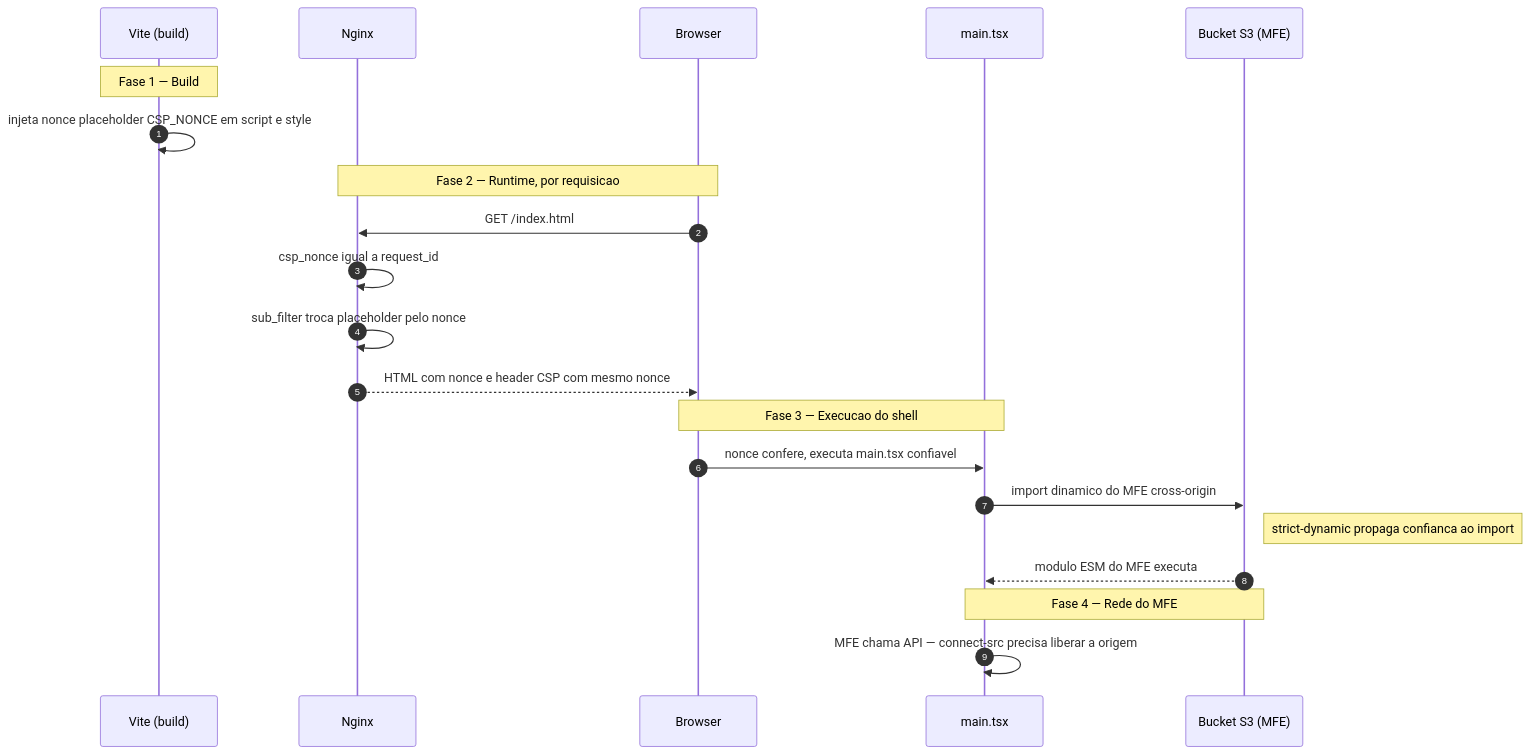
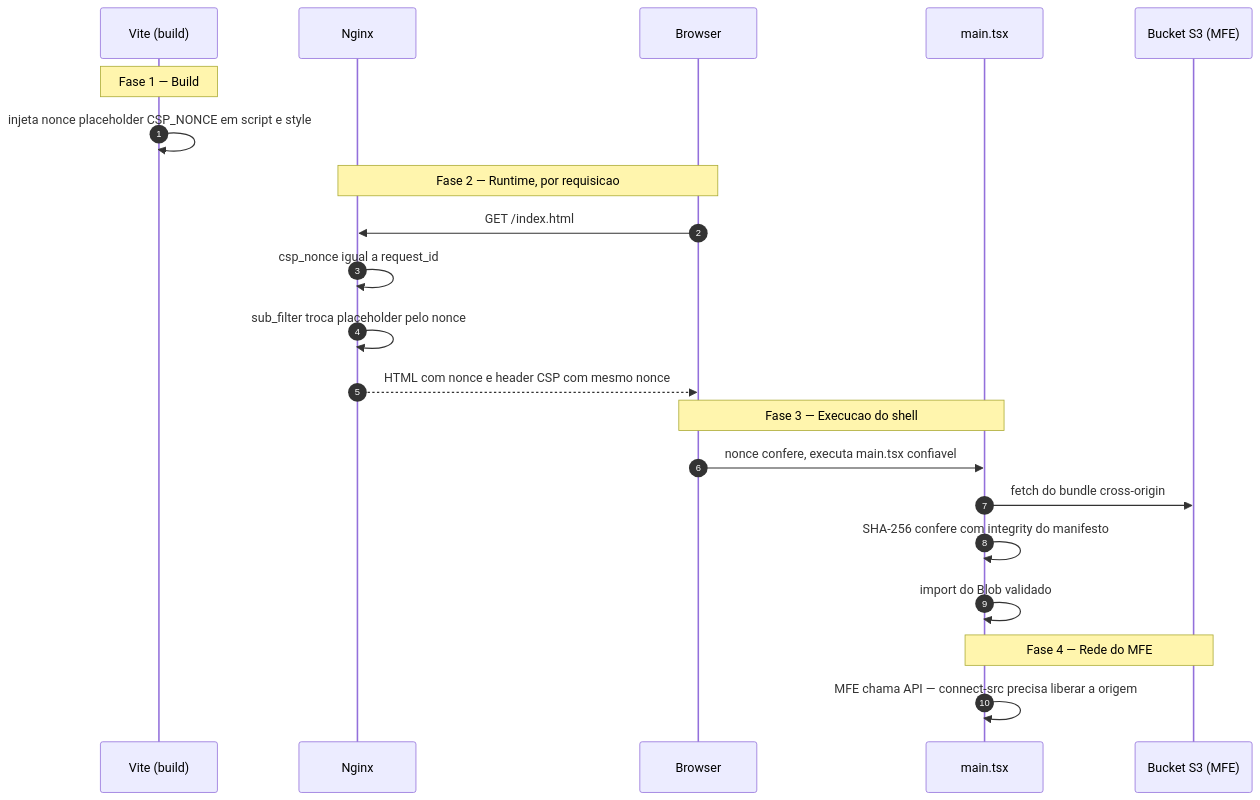
One commit to arkhibr/frontend-react changed the diagram in SECURITY.md. Above: the diagram before and after it, drawn with Mermaid. The commit also changed other lines of this file and 84 other files, not shown here.

````diff
--- a/SECURITY.md
+++ b/SECURITY.md
@@ -145,27 +158,27 @@
 ```mermaid
 sequenceDiagram
     autonumber
     participant Build as Vite (build)
     participant Nginx
     participant Browser
     participant Main as main.tsx
     participant Bucket as Bucket S3 (MFE)
 
     note over Build: Fase 1 — Build
     Build->>Build: injeta nonce placeholder CSP_NONCE em script e style
 
     note over Nginx,Browser: Fase 2 — Runtime, por requisicao
     Browser->>Nginx: GET /index.html
     Nginx->>Nginx: csp_nonce igual a request_id
     Nginx->>Nginx: sub_filter troca placeholder pelo nonce
     Nginx-->>Browser: HTML com nonce e header CSP com mesmo nonce
 
     note over Browser,Main: Fase 3 — Execucao do shell
     Browser->>Main: nonce confere, executa main.tsx confiavel
-    Main->>Bucket: import dinamico do MFE cross-origin
-    Note right of Bucket: strict-dynamic propaga confianca ao import
-    Bucket-->>Main: modulo ESM do MFE executa
+    Main->>Bucket: fetch do bundle cross-origin
+    Main->>Main: SHA-256 confere com integrity do manifesto
+    Main->>Main: import do Blob validado
 
     note over Main,Bucket: Fase 4 — Rede do MFE
     Main->>Main: MFE chama API — connect-src precisa liberar a origem
 ```
````
